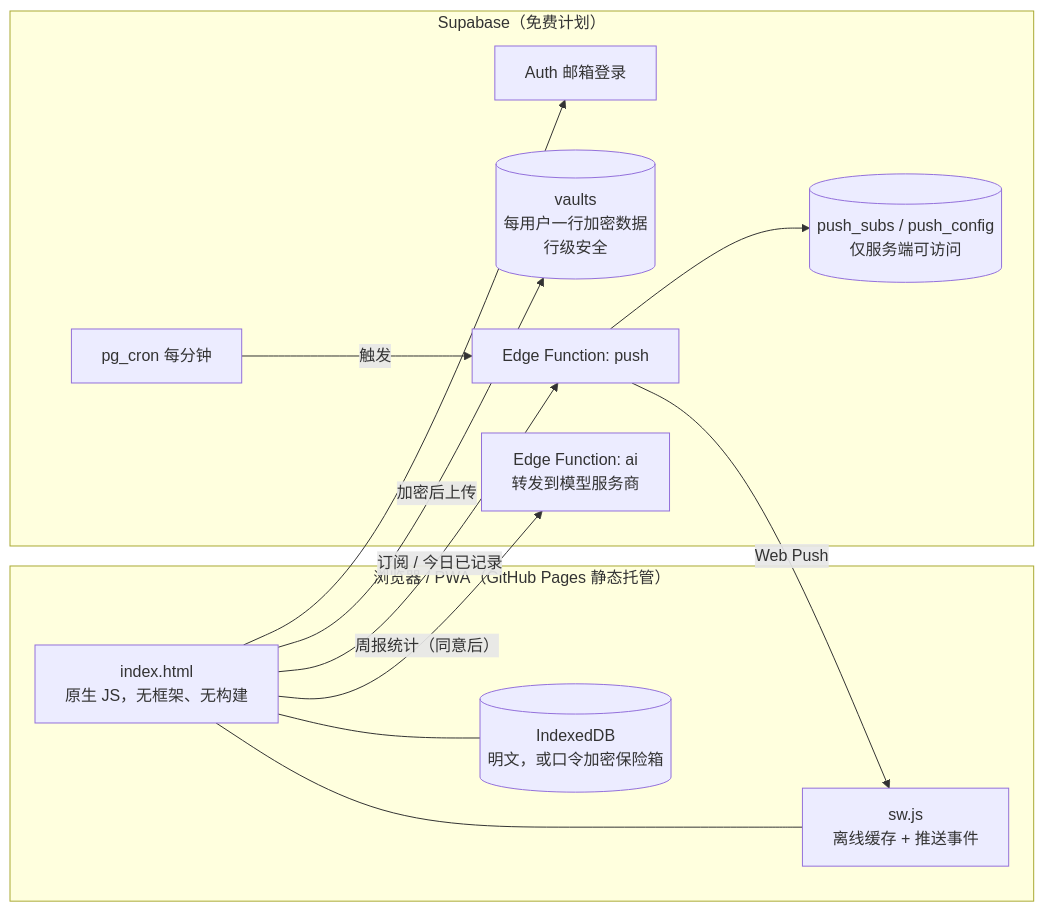
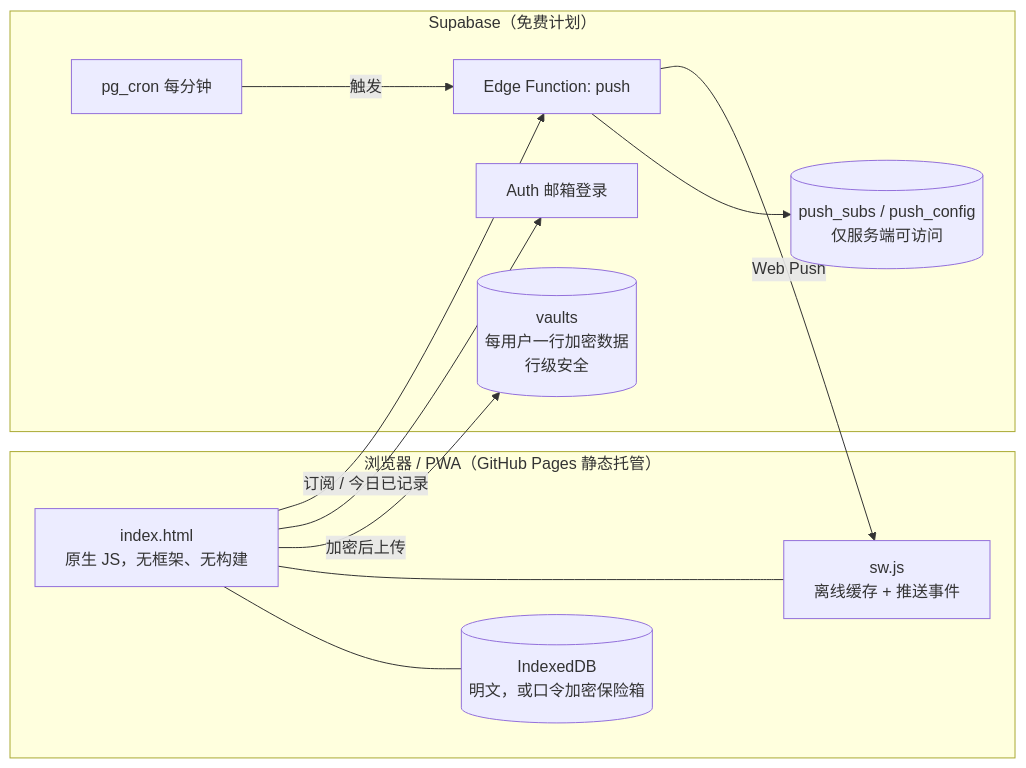
The diagram in README.md (cjy20040604-hub/mood-diary), drawn with Mermaid before and after one commit. The commit also changed other lines of this file and 3 other files, not shown here.

````diff
--- a/README.md
+++ b/README.md
@@ -89,25 +89,23 @@
 ```mermaid
 flowchart LR
   subgraph 浏览器["浏览器 / PWA（GitHub Pages 静态托管）"]
     UI["index.html<br/>原生 JS，无框架、无构建"]
     SW["sw.js<br/>离线缓存 + 推送事件"]
     LS[("IndexedDB<br/>明文，或口令加密保险箱")]
     UI --- LS
     UI --- SW
   end
   subgraph Supabase["Supabase（免费计划）"]
     AUTH["Auth 邮箱登录"]
     V[("vaults<br/>每用户一行加密数据<br/>行级安全")]
     FN["Edge Function: push"]
-    AI["Edge Function: ai<br/>转发到模型服务商"]
     P[("push_subs / push_config<br/>仅服务端可访问")]
     CRON["pg_cron 每分钟"]
   end
   UI -- "加密后上传" --> V
   UI --> AUTH
   UI -- "订阅 / 今日已记录" --> FN
-  UI -- "周报统计（同意后）" --> AI
   CRON -- "触发" --> FN
   FN --> P
   FN -- "Web Push" --> SW
 ```
````
